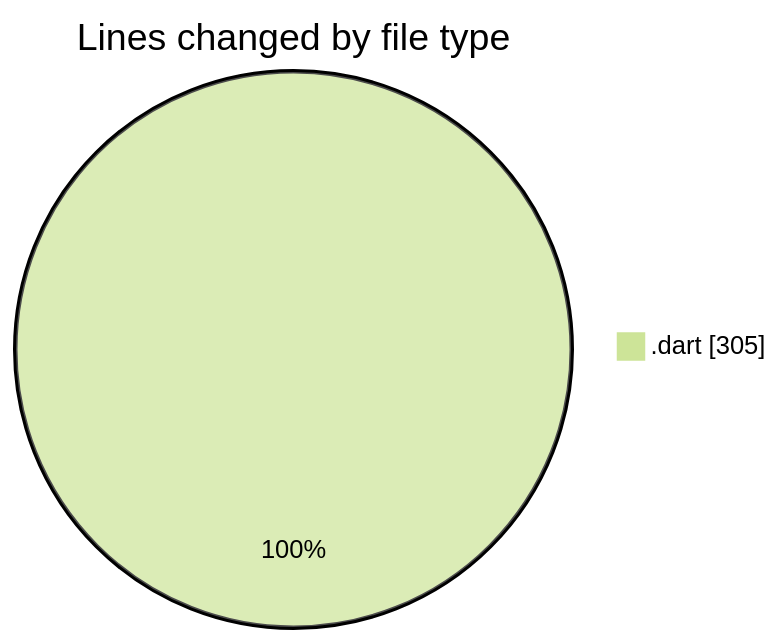
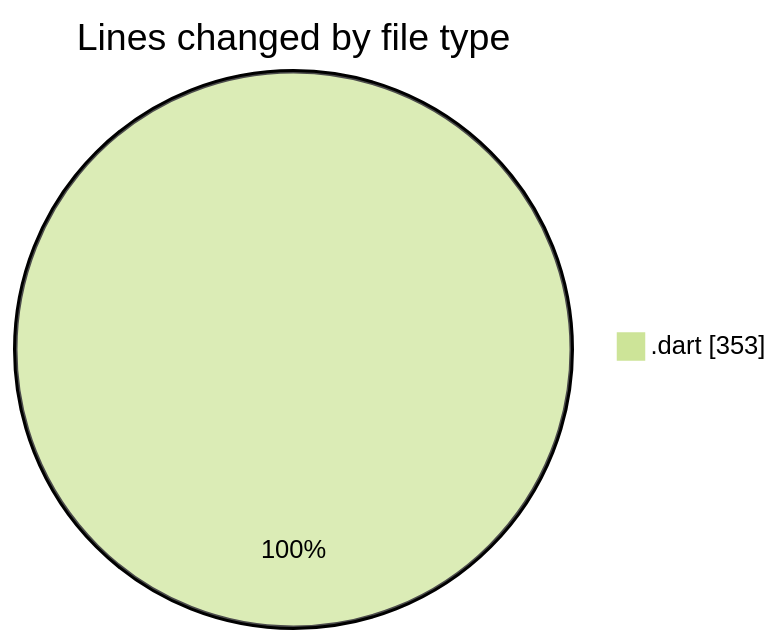
The first of 2 diagrams in 2025-03-25/wordle/README.md (donsfak/code-tracking), drawn with Mermaid (forest theme) before and after one commit. The commit also changed other lines of this file and 1 other file, not shown here.

````diff
--- a/2025-03-25/wordle/README.md
+++ b/2025-03-25/wordle/README.md
@@ -26,5 +26,5 @@
 ```mermaid
 pie showData
 title Lines changed by file type
-".dart" : 305
+".dart" : 353
 ```
````
